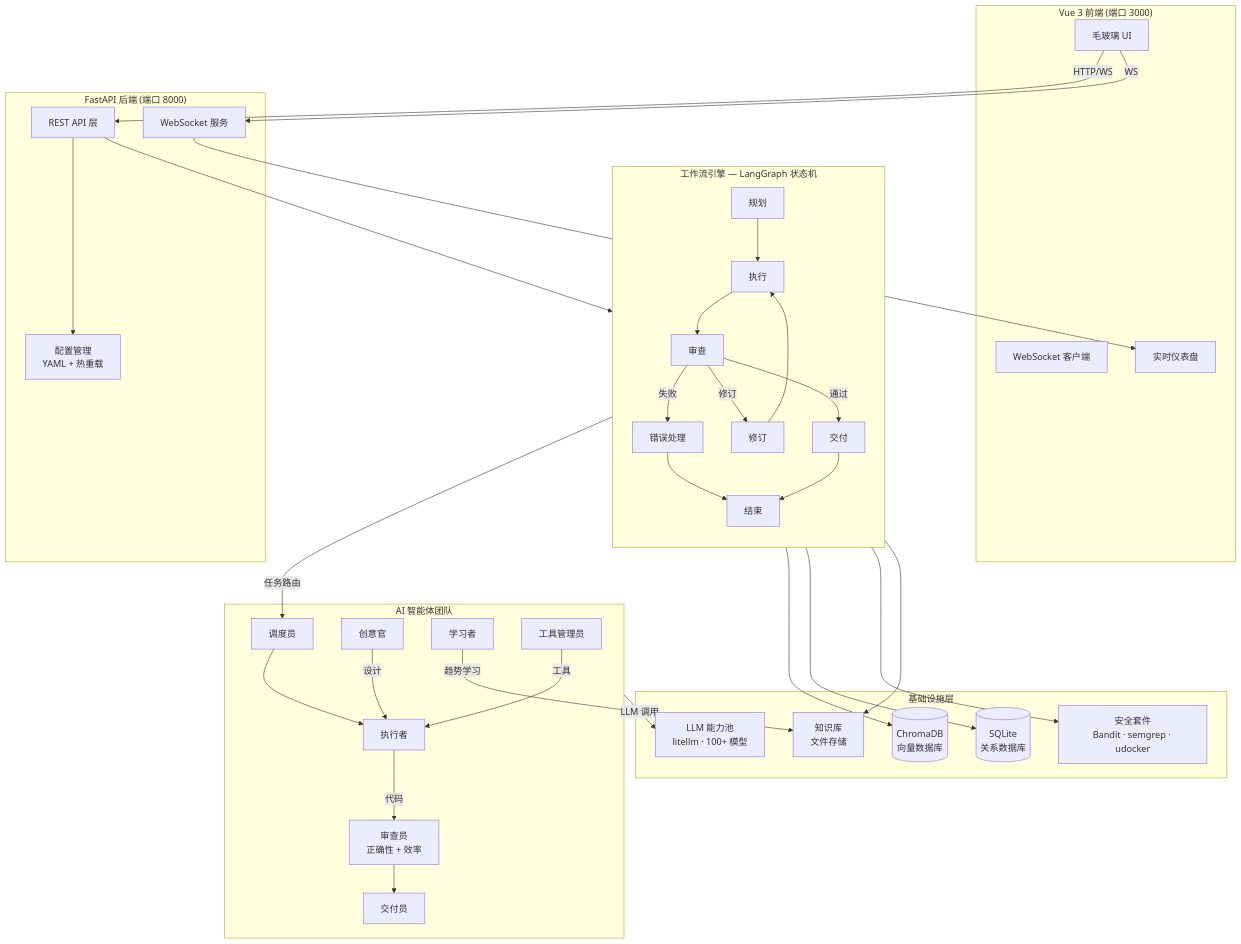
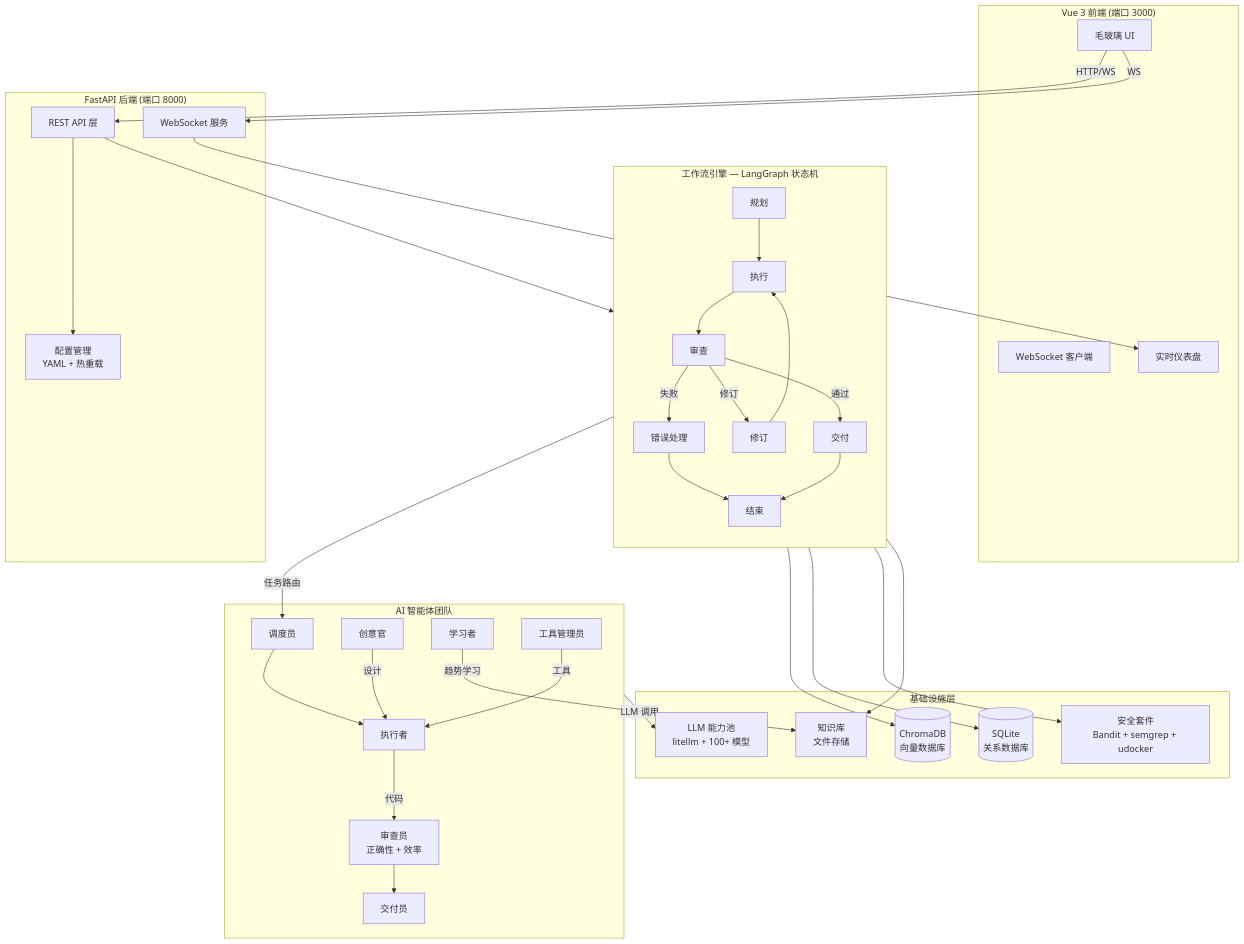
Before and after one commit to Ameiro-sudo/IReckon: the first of 2 diagrams in README.md, drawn with Mermaid. The commit also changed other lines of this file and 47 other files, not shown here.

````diff
--- a/README.md
+++ b/README.md
@@ -33,62 +33,62 @@
 ```mermaid
 graph TB
     subgraph Frontend["Vue 3 前端 (端口 3000)"]
         UI[毛玻璃 UI]
         WS[WebSocket 客户端]
         RT[实时仪表盘]
     end
 
     subgraph Backend["FastAPI 后端 (端口 8000)"]
         API[REST API 层]
         WSS[WebSocket 服务]
         CFG[配置管理<br/>YAML + 热重载]
     end
 
     subgraph Engine["工作流引擎 — LangGraph 状态机"]
         direction TB
         PL[规划] --> EX[执行]
         EX --> RV[审查]
         RV -->|通过| DV[交付]
         RV -->|修订| RS[修订]
         RS --> EX
         RV -->|失败| EH[错误处理]
         EH --> END[结束]
         DV --> END
     end
 
     subgraph Agents["AI 智能体团队"]
         SCH[调度员]
         EXE[执行者]
         REV[审查员<br/>正确性 + 效率]
         DEL[交付员]
         CRE[创意官]
         LRN[学习者]
         TLM[工具管理员]
     end
 
     subgraph Infrastructure["基础设施层"]
-        LLM[LLM 能力池<br/>litellm · 100+ 模型]
+        LLM[LLM 能力池<br/>litellm + 100+ 模型]
         VDB[(ChromaDB<br/>向量数据库)]
         SDB[(SQLite<br/>关系数据库)]
-        SEC[安全套件<br/>Bandit · semgrep · udocker]
+        SEC[安全套件<br/>Bandit + semgrep + udocker]
         KB[知识库<br/>文件存储]
     end
 
     UI -->|HTTP/WS| API
     UI -->|WS| WSS
     WSS --> RT
     API --> CFG
     API --> Engine
     Engine -->|任务路由| SCH
     SCH --> EXE
     EXE -->|代码| REV
     REV --> DEL
     CRE -->|设计| EXE
     LRN -->|趋势学习| KB
     TLM -->|工具| EXE
     Agents -->|LLM 调用| LLM
     Engine --> VDB
     Engine --> SDB
     Engine --> SEC
     Engine --> KB
 ```
````
